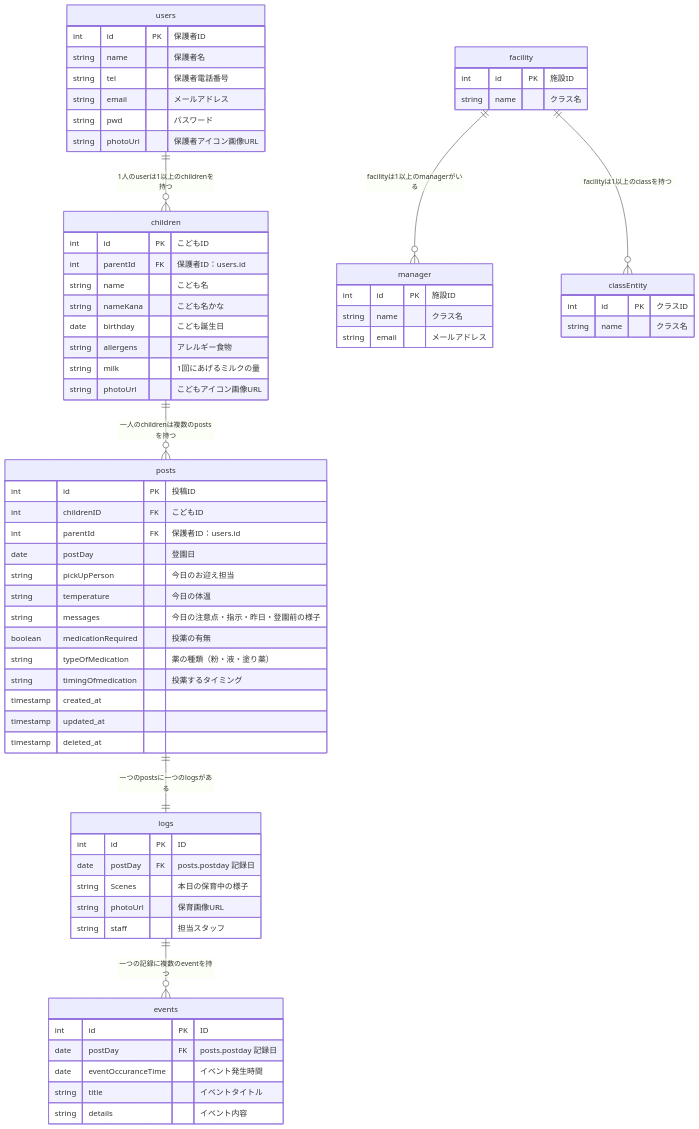
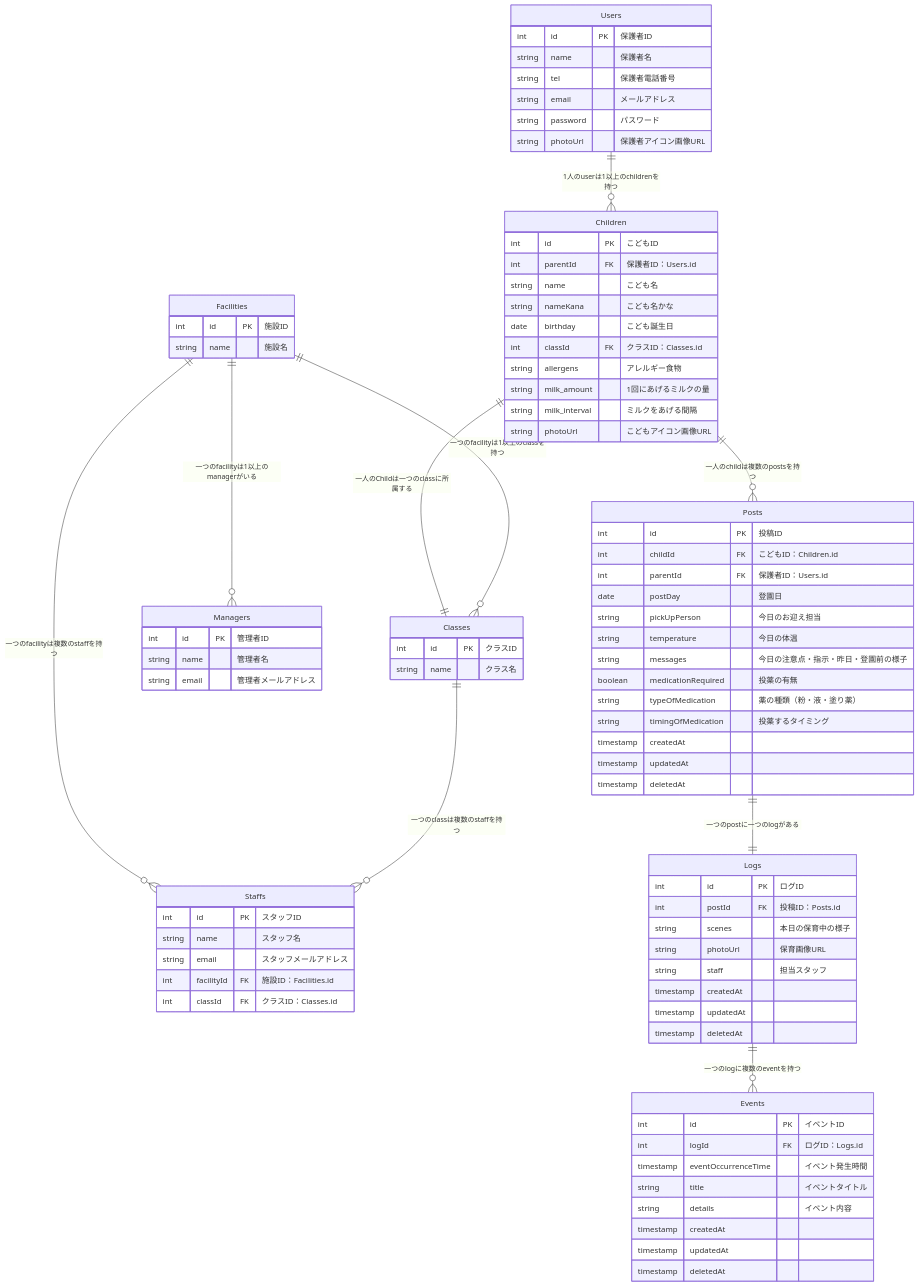
Before and after one commit to qutti96/next-care-log-app2: the diagram in doc/er.md, drawn with Mermaid. The commit also changed other lines of this file, not shown here.

Commit message:
ER図のブラッシュアップ：syntax error や表記揺れの統一、外部キー設定

````diff
--- a/doc/er.md
+++ b/doc/er.md
@@ -97,70 +99,88 @@
 ```mermaid
 erDiagram
-  users ||--o{ children : "1人のuserは1以上のchildrenを持つ"
-  facility ||--o{ manager : "facilityは1以上のmanagerがいる"
-  facility ||--o{ classEntity : "facilityは1以上のclassを持つ"
-  children ||--o{ posts : "一人のchildrenは複数のpostsを持つ" 
-  posts ||--|| logs : "一つのpostsに一つのlogsがある"
-  logs ||--o{ events : "一つの記録に複数のeventを持つ"
+  Users ||--o{ Children : "1人のuserは1以上のchildrenを持つ"
+  Classes ||--o{ Staffs : "一つのclassは複数のstaffを持つ"
+  Facilities ||--o{ Staffs : "一つのfacilityは複数のstaffを持つ"
+  Facilities ||--o{ Managers : "一つのfacilityは1以上のmanagerがいる"
+  Facilities ||--o{ Classes : "一つのfacilityは1以上のclassを持つ"
+  Children ||--o{ Posts : "一人のchildは複数のpostsを持つ"
+  Children ||--|| Classes : "一人のChildは一つのclassに所属する"
+  Posts ||--|| Logs : "一つのpostに一つのlogがある"
+  Logs ||--o{ Events : "一つのlogに複数のeventを持つ"
 
-  users {
+  Users {
     int id PK "保護者ID"
     string name "保護者名"
     string tel "保護者電話番号"
     string email "メールアドレス"
-    string pwd "パスワード"
+    string password "パスワード"
     string photoUrl "保護者アイコン画像URL"
   }
-  children {
+  Children {
     int id PK "こどもID"
-    int parentId FK "保護者ID：users.id"
+    int parentId FK "保護者ID：Users.id"
     string name "こども名"
     string nameKana "こども名かな"
     date birthday "こども誕生日"
+    int classId FK "クラスID：Classes.id"
     string allergens "アレルギー食物"
-    string milk "1回にあげるミルクの量"
+    string milk_amount "1回にあげるミルクの量"
+    string milk_interval "ミルクをあげる間隔"
     string photoUrl "こどもアイコン画像URL"
   }
-  facility {
+  Facilities {
     int id PK "施設ID"
-    string name "クラス名"
+    string name "施設名"
   }
-  classEntity {
+  Classes {
     int id PK "クラスID"
     string name "クラス名"
   }
-  manager {
-    int id PK "施設ID"
-    string name "クラス名"
-    string email "メールアドレス"
+  Managers {
+    int id PK "管理者ID"
+    string name "管理者名"
+    string email "管理者メールアドレス"
   }
-  posts {
+  Staffs {
+    int id PK "スタッフID"
+    string name "スタッフ名"
+    string email "スタッフメールアドレス"
+    int facilityId FK "施設ID：Facilities.id"
+    int classId FK "クラスID：Classes.id"
+  }
+  Posts {
     int id PK "投稿ID"
-    int childrenID FK "こどもID"
-    int parentId FK "保護者ID：users.id"
+    int childId FK "こどもID：Children.id"
+    int parentId FK "保護者ID：Users.id"
     date postDay "登園日"
     string pickUpPerson "今日のお迎え担当"
     string temperature "今日の体温"
     string messages "今日の注意点・指示・昨日・登園前の様子"
     boolean medicationRequired "投薬の有無"
     string typeOfMedication "薬の種類（粉・液・塗り薬）"
-    string timingOfmedication "投薬するタイミング"
-    timestamp created_at
-    timestamp updated_at
-    timestamp deleted_at
+    string timingOfMedication "投薬するタイミング"
+    timestamp createdAt
+    timestamp updatedAt
+    timestamp deletedAt
   }
-  logs {
-    int id PK "ID"
-    date postDay FK "posts.postday 記録日"
-    string Scenes "本日の保育中の様子"
+  Logs {
+    int id PK "ログID"
+    int postId FK "投稿ID：Posts.id"
+    string scenes "本日の保育中の様子"
     string photoUrl "保育画像URL"
     string staff "担当スタッフ"
+    timestamp createdAt
+    timestamp updatedAt
+    timestamp deletedAt
   }
-  events {
-    int id PK "ID"
-    date postDay FK "posts.postday 記録日"
-    date eventOccuranceTime "イベント発生時間"
+  Events {
+    int id PK "イベントID"
+    int logId FK "ログID：Logs.id"
+    timestamp eventOccurrenceTime "イベント発生時間"
     string title "イベントタイトル"
     string details "イベント内容"
+    timestamp createdAt
+    timestamp updatedAt
+    timestamp deletedAt
   }
 ```
````
